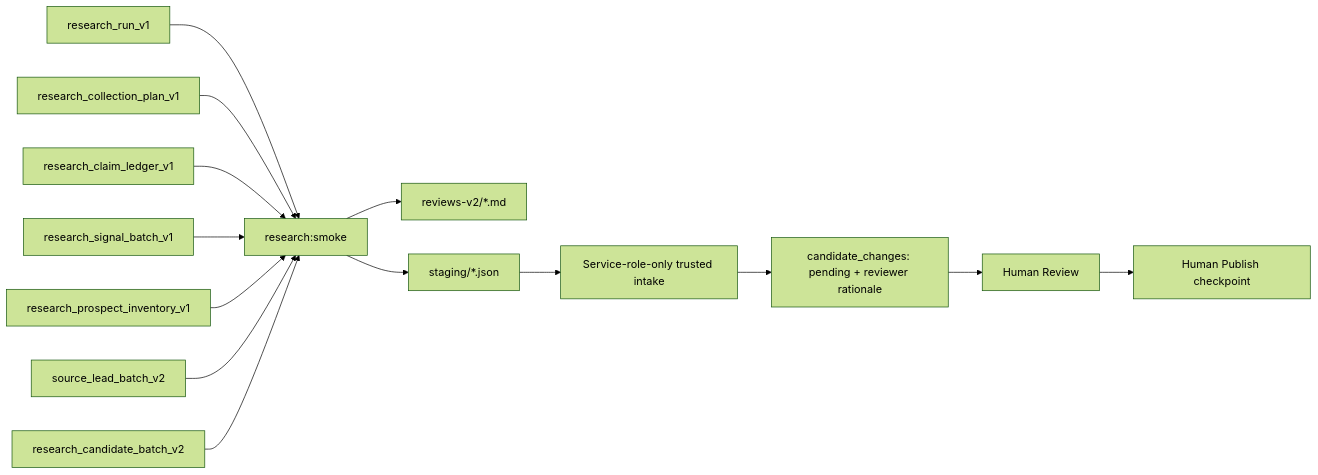
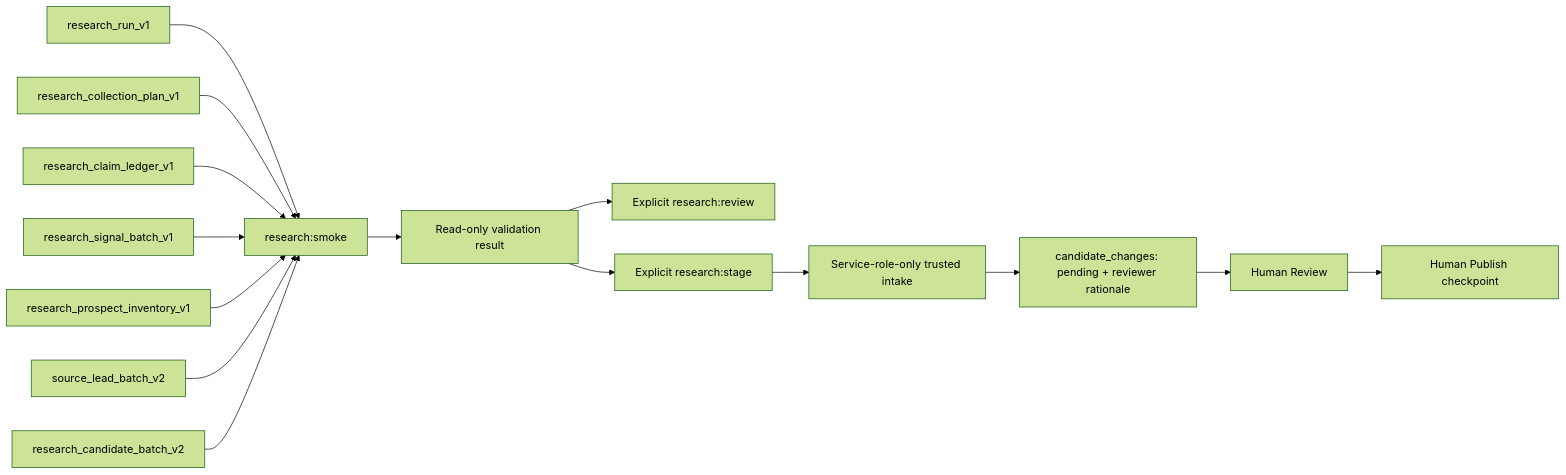
The fourth of 6 diagrams in context/governance/Autonomous Ecosystem Research Pipeline.md (AndDavies/ecosystem_intelligence), drawn with Mermaid (forest theme) before and after one commit. The commit also changed other lines of this file and 42 other files, not shown here.

````diff
--- a/context/governance/Autonomous Ecosystem Research Pipeline.md
+++ b/context/governance/Autonomous Ecosystem Research Pipeline.md
@@ -152,16 +155,17 @@
 ```mermaid
 flowchart LR
   R["research_run_v1"] --> V["research:smoke"]
   CP["research_collection_plan_v1"] --> V
   CL["research_claim_ledger_v1"] --> V
   S["research_signal_batch_v1"] --> V
   P["research_prospect_inventory_v1"] --> V
   L["source_lead_batch_v2"] --> V
   C["research_candidate_batch_v2"] --> V
-  V --> RP["reviews-v2/*.md"]
-  V --> SE["staging/*.json"]
+  V --> CK["Read-only validation result"]
+  CK --> RP["Explicit research:review"]
+  CK --> SE["Explicit research:stage"]
   SE --> TI["Service-role-only trusted intake"]
   TI --> CR["candidate_changes: pending + reviewer rationale"]
   CR --> HR["Human Review"]
   HR --> PC["Human Publish checkpoint"]
 ```
````
